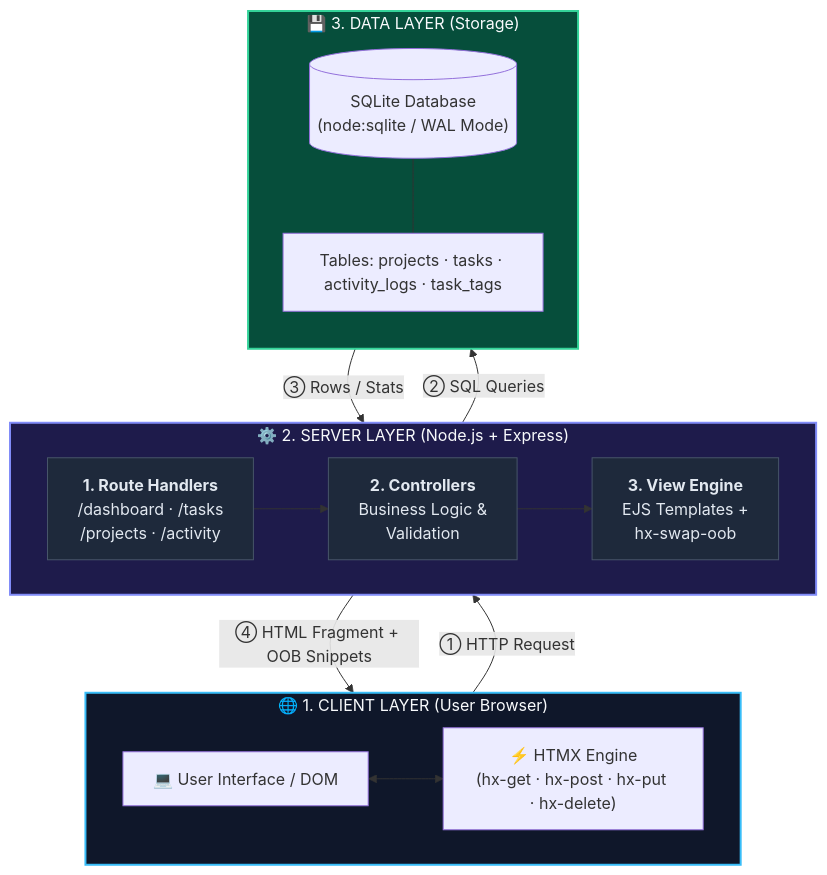
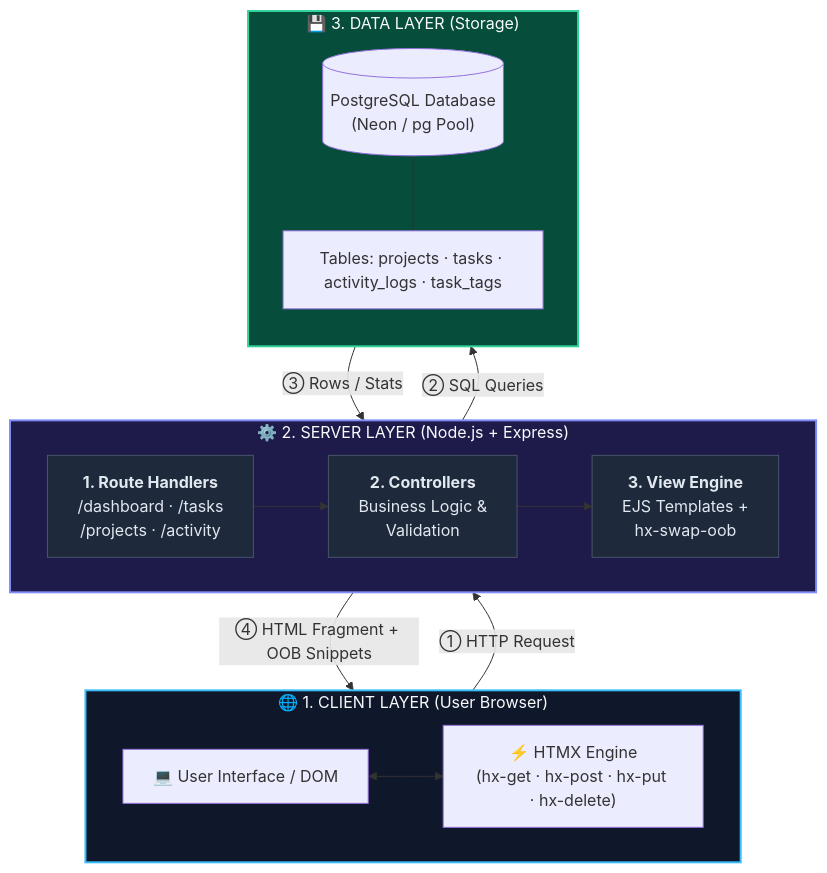
One commit to Sugandhan-S/Pulseboard changed the diagram in README.md. Above: the diagram before and after it, drawn with Mermaid. The commit also changed other lines of this file and 4 other files, not shown here.

Commit message:
chore: migrate database provider from Supabase to Neon and implement connection pooling

````diff
--- a/README.md
+++ b/README.md
@@ -34,42 +38,42 @@
 ```mermaid
 flowchart TD
     %% ==================== STYLES ====================
     classDef clientStyle fill:#0f172a,stroke:#38bdf8,color:#f8fafc,stroke-width:2px;
     classDef serverStyle fill:#1e1b4b,stroke:#818cf8,color:#f8fafc,stroke-width:2px;
     classDef routeStyle fill:#1e293b,stroke:#475569,color:#e2e8f0,stroke-width:1px;
     classDef dbStyle fill:#064e3b,stroke:#34d399,color:#f8fafc,stroke-width:2px;
 
     %% ==================== 1. CLIENT / USER ====================
     subgraph CLIENT[" 🌐 1. CLIENT LAYER (User Browser) "]
         direction LR
         UI["💻 User Interface / DOM"]
         HTMX["⚡ HTMX Engine\n(hx-get · hx-post · hx-put · hx-delete)"]
         UI <--> HTMX
     end
 
     %% ==================== 2. COMPACT SERVER LAYER ====================
     subgraph SERVER[" ⚙️ 2. SERVER LAYER (Node.js + Express) "]
         direction LR
         ROUTES["<b>1. Route Handlers</b><br/>/dashboard · /tasks<br/>/projects · /activity"] --> CTRL["<b>2. Controllers</b><br/>Business Logic &<br/>Validation"] --> VIEW["<b>3. View Engine</b><br/>EJS Templates +<br/>hx-swap-oob"]
     end
 
     %% ==================== 3. DATABASE ====================
     subgraph DATA[" 💾 3. DATA LAYER (Storage) "]
         direction TB
-        DB_ENGINE[("SQLite Database\n(node:sqlite / WAL Mode)")]
+        DB_ENGINE[("PostgreSQL Database\n(Neon / pg Pool)")]
         TABLES["Tables: projects · tasks · activity_logs · task_tags"]
         DB_ENGINE --- TABLES
     end
 
     %% ==================== SEQUENTIAL FLOW ====================
     HTMX -- "① HTTP Request" --> ROUTES
     CTRL -- "② SQL Queries" --> DB_ENGINE
     DB_ENGINE -- "③ Rows / Stats" --> CTRL
     VIEW -- "④ HTML Fragment + OOB Snippets" --> HTMX
 
     %% ==================== APPLY STYLES ====================
     class CLIENT clientStyle;
     class SERVER serverStyle;
     class DATA dbStyle;
     class ROUTES,CTRL,VIEW routeStyle;
 ```
````
